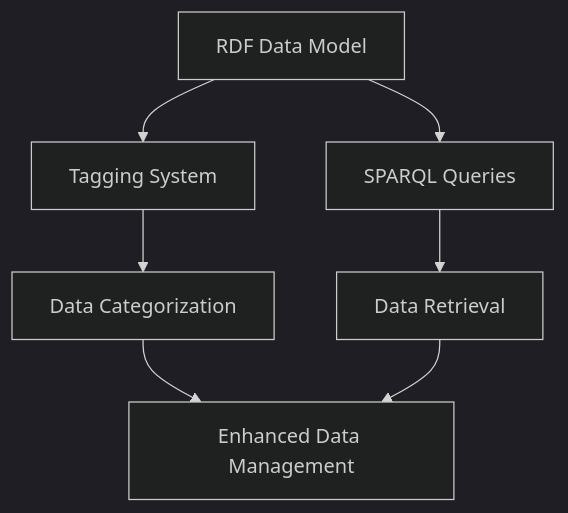
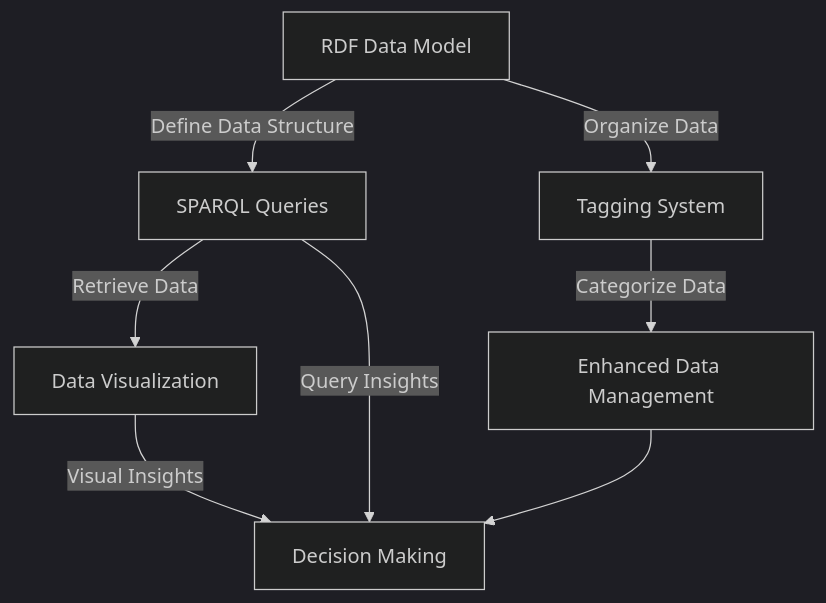
The diagram in readme.md (mgorav/rdf_based_tags), drawn with Mermaid (dark theme) before and after one commit. The commit also changed other lines of this file, not shown here.

````diff
--- a/readme.md
+++ b/readme.md
@@ -38,9 +94,10 @@
 ```mermaid
 graph TD
-    A[RDF Data Model] --> B[SPARQL Queries]
-    B --> C[Data Retrieval]
-    A --> D[Tagging System]
-    D --> E[Data Categorization]
-    E --> F[Enhanced Data Management]
-    C --> F
+    A[RDF Data Model] -->|Define Data Structure| B[SPARQL Queries]
+    B -->|Retrieve Data| C[Data Visualization]
+    A -->|Organize Data| D[Tagging System]
+    D -->|Categorize Data| E[Enhanced Data Management]
+    C -->|Visual Insights| F[Decision Making]
+    E --> F
+    B -->|Query Insights| F
 ```
````
